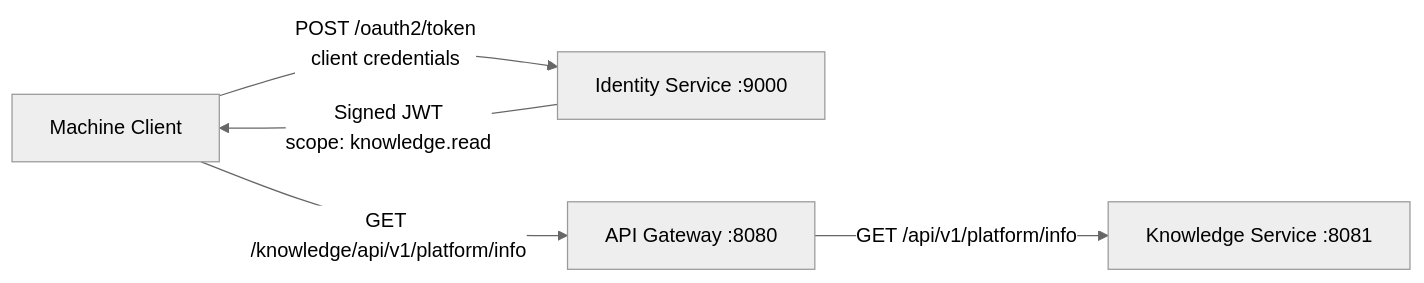
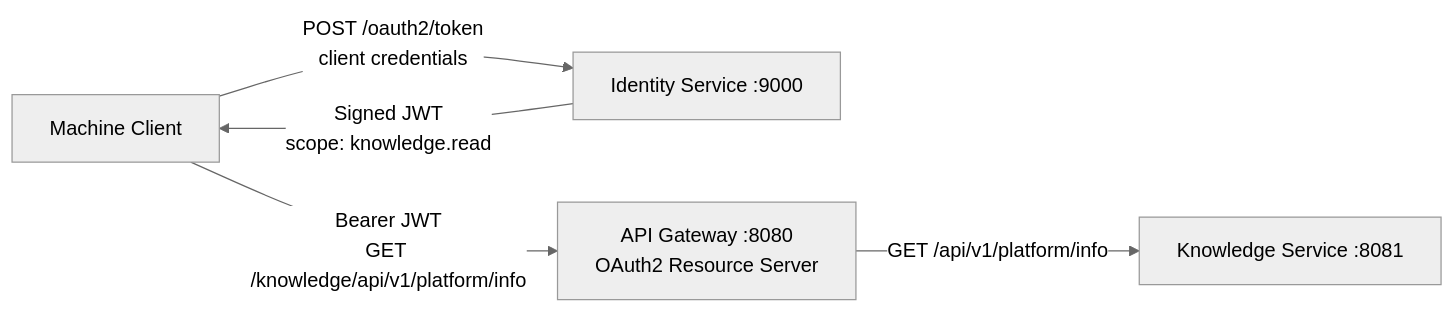
One commit to dkghosh2019/enterprise-ai-knowledge-platform changed the diagram in docs/architecture.md. Above: the diagram before and after it, drawn with Mermaid (neutral theme). The commit also changed other lines of this file and 8 other files, not shown here.

Commit message:
feat: secure gateway with JWT validation

````diff
--- a/docs/architecture.md
+++ b/docs/architecture.md
@@ -5,7 +5,7 @@
 ```mermaid
 flowchart LR
     Client["Machine Client"] -->|"POST /oauth2/token<br/>client credentials"| Identity["Identity Service :9000"]
     Identity -->|"Signed JWT<br/>scope: knowledge.read"| Client
-    Client -->|"GET /knowledge/api/v1/platform/info"| Gateway["API Gateway :8080"]
+    Client -->|"Bearer JWT<br/>GET /knowledge/api/v1/platform/info"| Gateway["API Gateway :8080<br/>OAuth2 Resource Server"]
     Gateway -->|"GET /api/v1/platform/info"| Knowledge["Knowledge Service :8081"]
 ```
````
